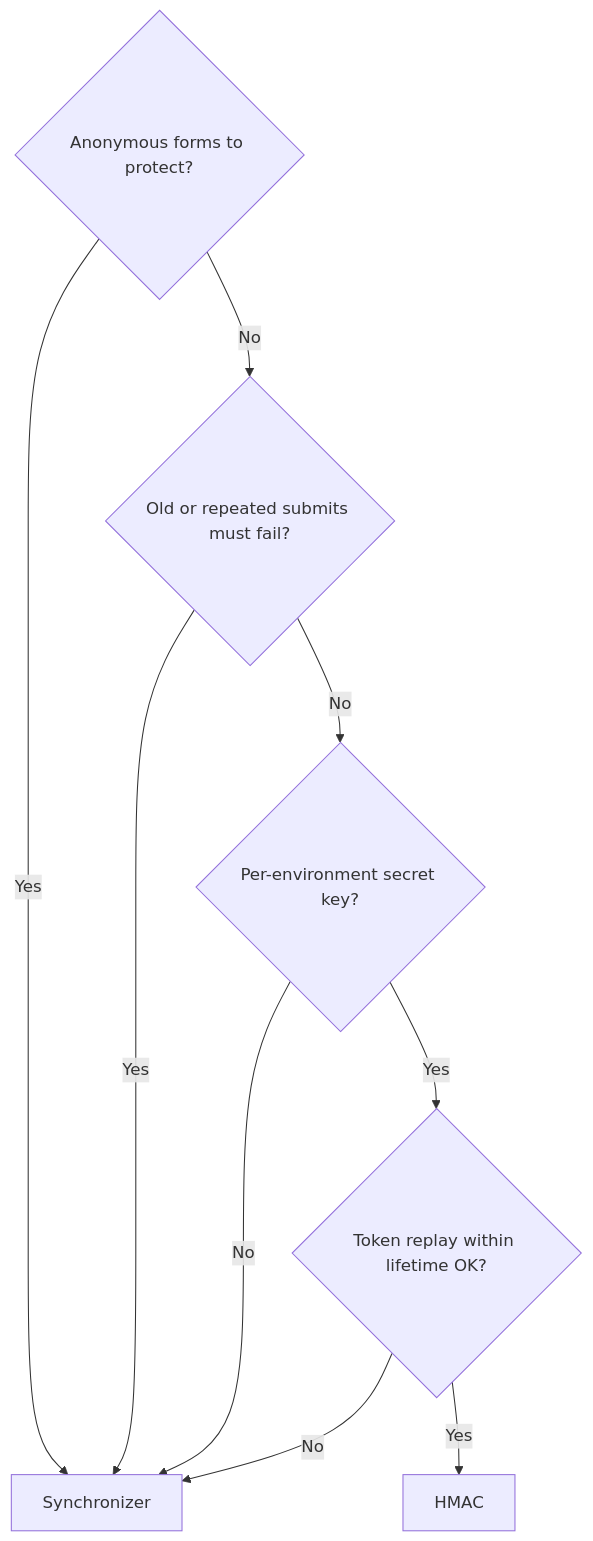
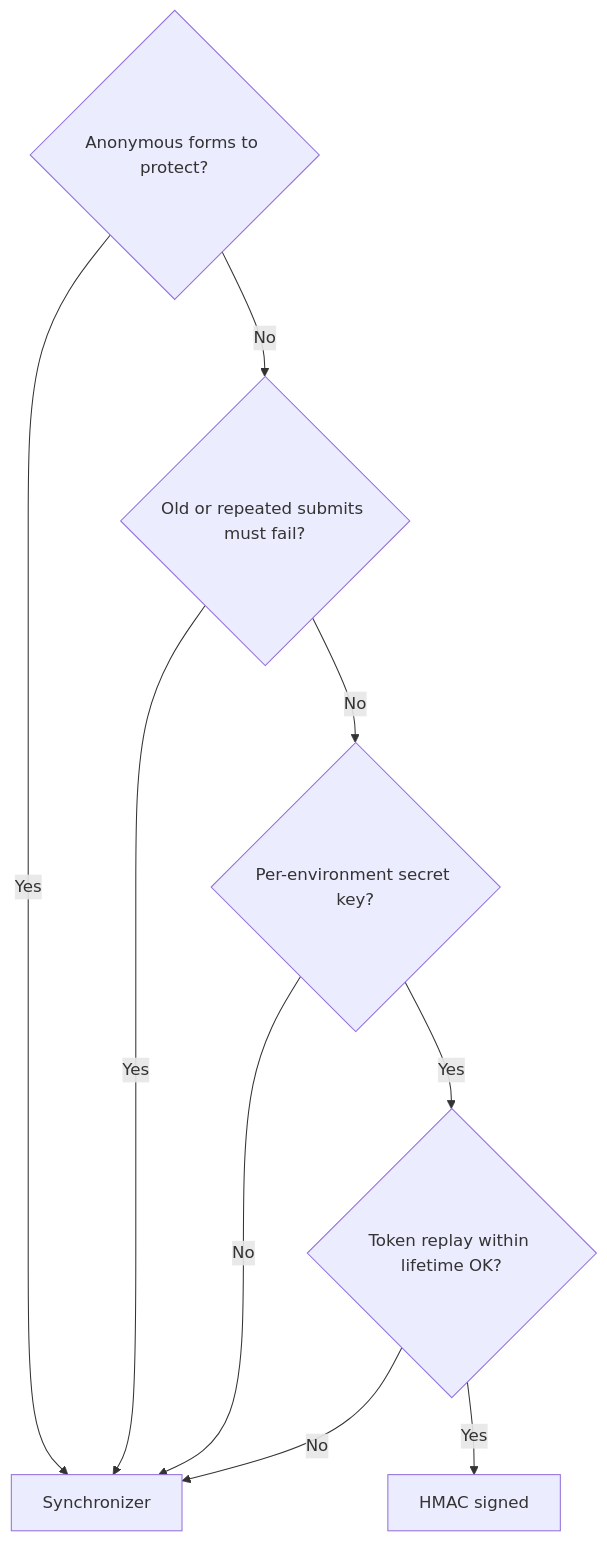
Before and after one commit to yiisoft/csrf: the diagram in README.md, drawn with Mermaid. The commit also changed other lines of this file and 3 other files, not shown here.

````diff
--- a/README.md
+++ b/README.md
@@ -150,12 +150,12 @@
 ```mermaid
 flowchart TD
     A{Anonymous forms to protect?}
     A -- Yes --> S[Synchronizer]
     A -- No --> B{Old or repeated submits must fail?}
     B -- Yes --> S
     B -- No --> C{Per-environment secret key?}
     C -- No --> S
     C -- Yes --> D{Token replay within lifetime OK?}
     D -- No --> S
-    D -- Yes --> H[HMAC]
+    D -- Yes --> H[HMAC signed]
 ```
````
